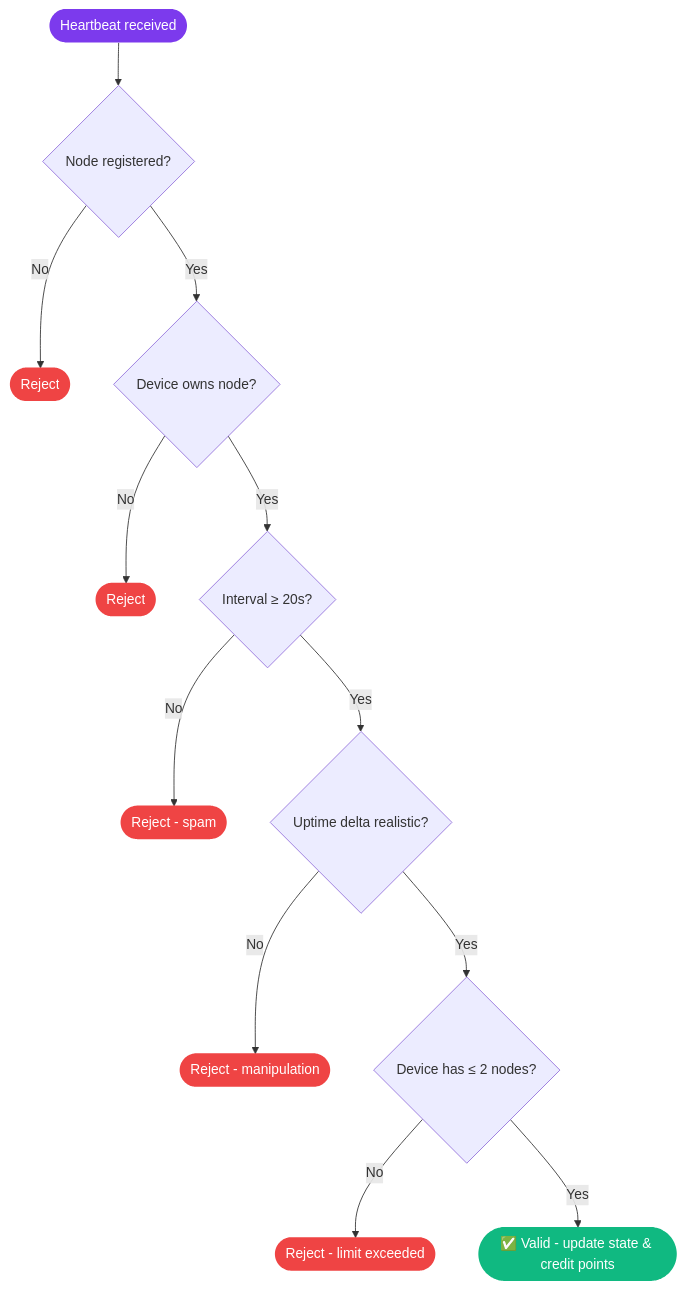
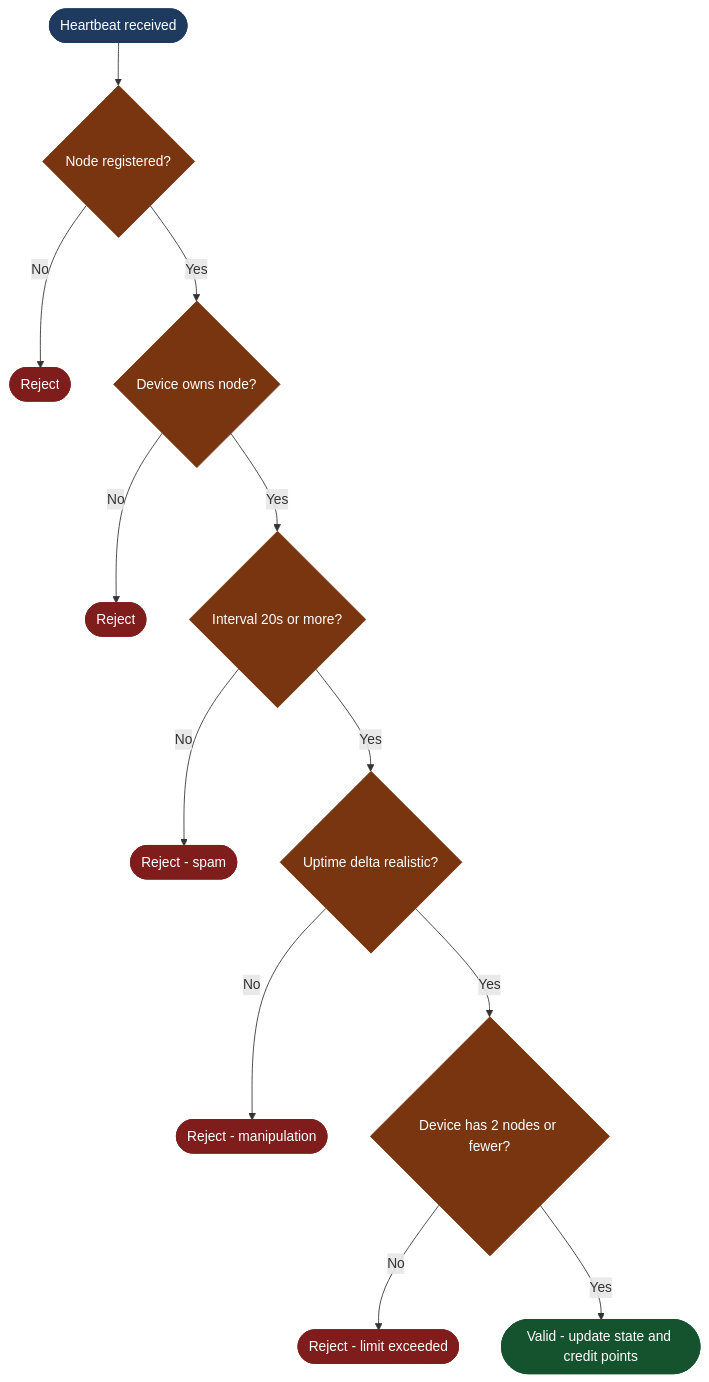
The third of 4 diagrams in node-behavior.md (Nexora-Node/Docs), drawn with Mermaid before and after one commit. The commit also changed other lines of this file and 5 other files, not shown here.

Commit message:
docs: fix diagram bugs, unify color palette, remove bidirectional arrows

````diff
--- a/node-behavior.md
+++ b/node-behavior.md
@@ -58,22 +61,27 @@
 ```mermaid
 flowchart TD
     A([Heartbeat received]) --> B{Node registered?}
     B -->|No| R1([Reject])
     B -->|Yes| C{Device owns node?}
     C -->|No| R2([Reject])
-    C -->|Yes| D{Interval ≥ 20s?}
+    C -->|Yes| D{Interval 20s or more?}
     D -->|No| R3([Reject - spam])
     D -->|Yes| E{Uptime delta realistic?}
     E -->|No| R4([Reject - manipulation])
-    E -->|Yes| F{Device has ≤ 2 nodes?}
+    E -->|Yes| F{Device has 2 nodes or fewer?}
     F -->|No| R5([Reject - limit exceeded])
-    F -->|Yes| G([✅ Valid - update state & credit points])
+    F -->|Yes| G([Valid - update state and credit points])
 
-    style G fill:#10b981,color:#fff,stroke:none
-    style R1 fill:#ef4444,color:#fff,stroke:none
-    style R2 fill:#ef4444,color:#fff,stroke:none
-    style R3 fill:#ef4444,color:#fff,stroke:none
-    style R4 fill:#ef4444,color:#fff,stroke:none
-    style R5 fill:#ef4444,color:#fff,stroke:none
-    style A fill:#7c3aed,color:#fff,stroke:none
+    style A fill:#1e3a5f,stroke:#1e3a5f,color:#fff
+    style G fill:#14532d,stroke:#14532d,color:#fff
+    style R1 fill:#7f1d1d,stroke:#7f1d1d,color:#fff
+    style R2 fill:#7f1d1d,stroke:#7f1d1d,color:#fff
+    style R3 fill:#7f1d1d,stroke:#7f1d1d,color:#fff
+    style R4 fill:#7f1d1d,stroke:#7f1d1d,color:#fff
+    style R5 fill:#7f1d1d,stroke:#7f1d1d,color:#fff
+    style B fill:#78350f,stroke:#78350f,color:#fff
+    style C fill:#78350f,stroke:#78350f,color:#fff
+    style D fill:#78350f,stroke:#78350f,color:#fff
+    style E fill:#78350f,stroke:#78350f,color:#fff
+    style F fill:#78350f,stroke:#78350f,color:#fff
 ```
````
